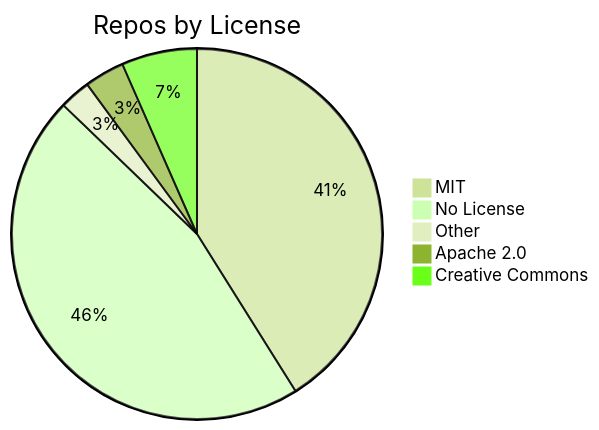
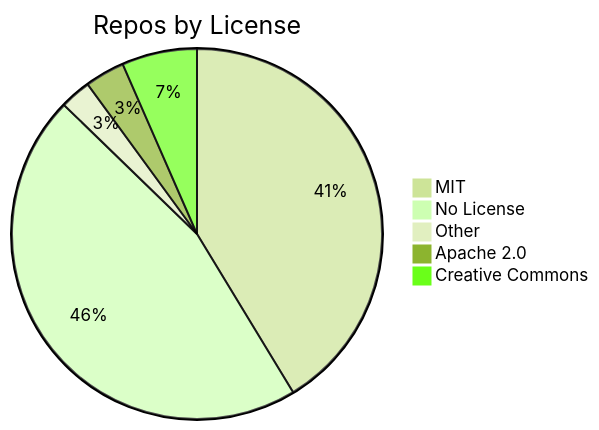
The diagram in README.md (jpatterson933/awesome-mcp-server-repo-index), drawn with Mermaid (forest theme) before and after one commit. The commit also changed other lines of this file and 3 other files, not shown here.

````diff
--- a/README.md
+++ b/README.md
@@ -29,8 +29,8 @@
 ```mermaid
 pie title Repos by License
-    "MIT" : 106
+    "MIT" : 107
     "No License" : 119
     "Other" : 7
     "Apache 2.0" : 9
     "Creative Commons" : 17
 ```
````
